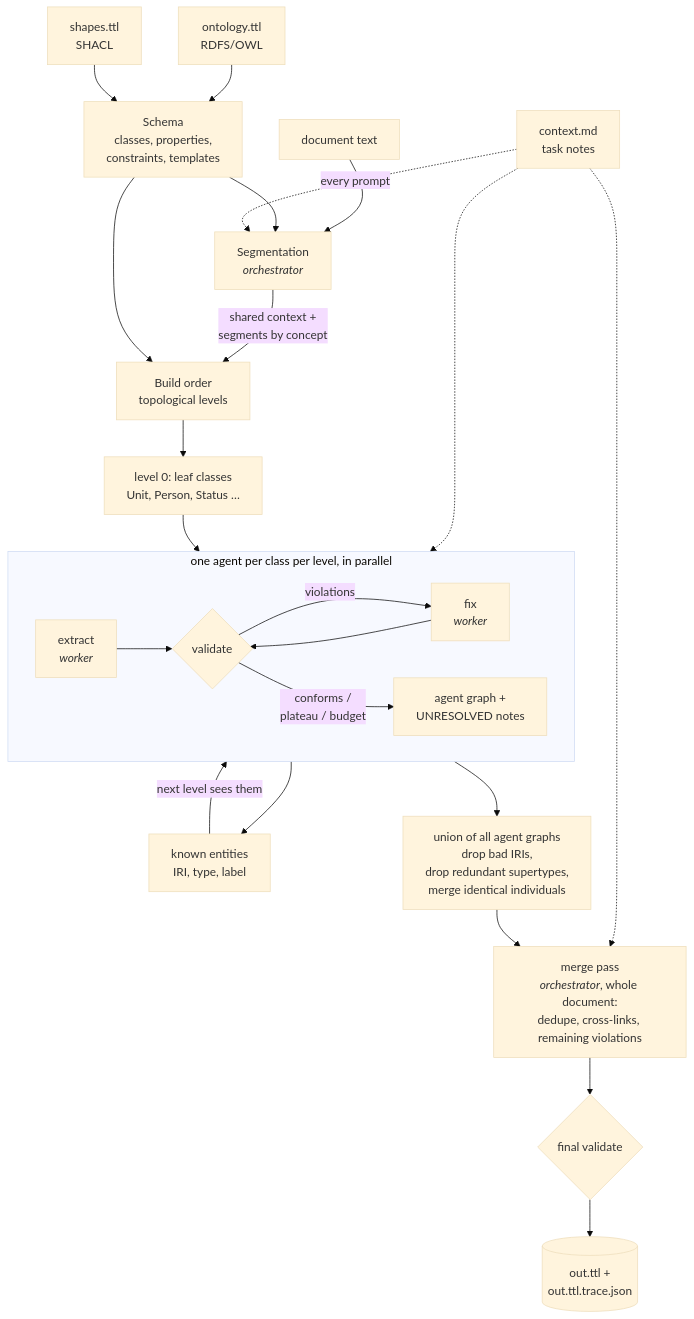
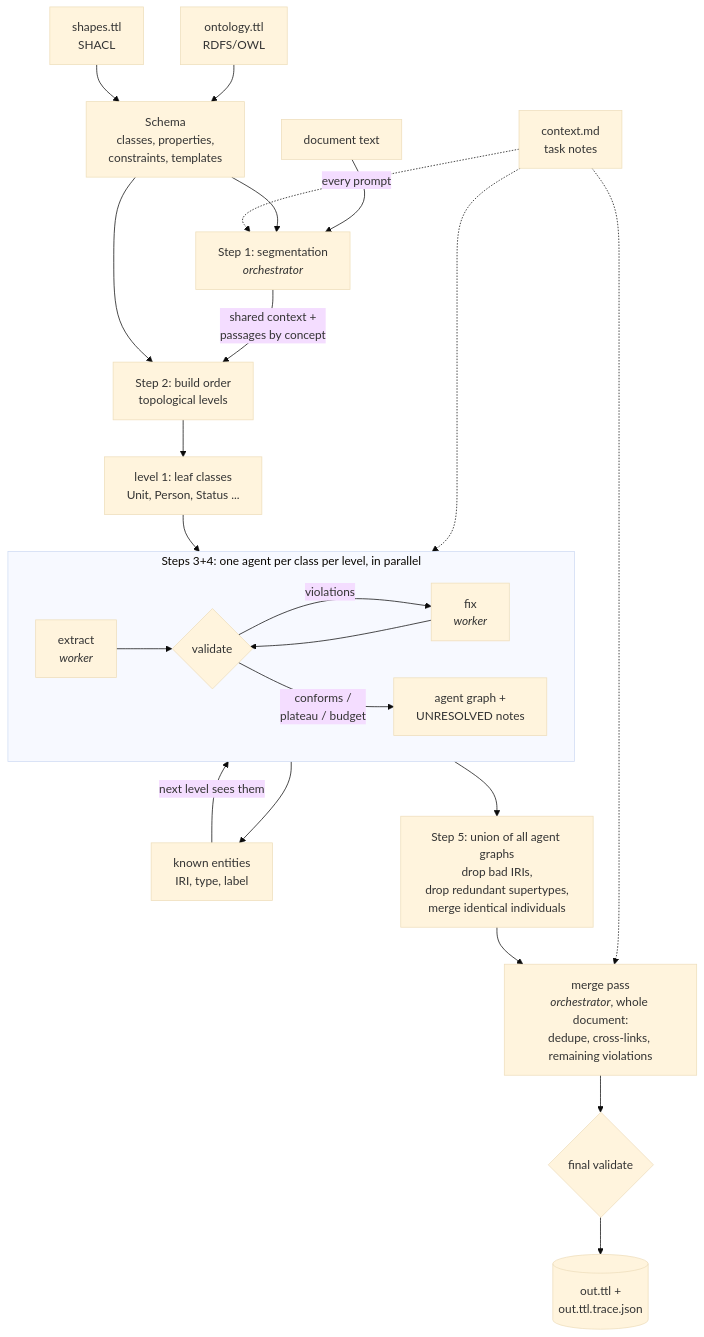
Before and after one commit to ensaremirerol/kgdc: the first of 4 diagrams in README.md, drawn with Mermaid (base theme). The commit also changed other lines of this file and 1157 other files, not shown here.

````diff
--- a/README.md
+++ b/README.md
@@ -155,27 +217,27 @@
 ```mermaid
 flowchart TD
     O[ontology.ttl<br/>RDFS/OWL] --> S[Schema<br/>classes, properties,<br/>constraints, templates]
     H[shapes.ttl<br/>SHACL] --> S
     T[document text] --> SEG
-    S --> SEG[Segmentation<br/><i>orchestrator</i>]
+    S --> SEG[Step 1: segmentation<br/><i>orchestrator</i>]
     C[context.md<br/>task notes] -. every prompt .-> SEG
     C -.-> AG
     C -.-> MERGE
-    SEG --> |shared context +<br/>segments by concept| BO[Build order<br/>topological levels]
+    SEG --> |shared context +<br/>passages by concept| BO[Step 2: build order<br/>topological levels]
     S --> BO
-    BO --> L0[level 0: leaf classes<br/>Unit, Person, Status …]
+    BO --> L0[level 1: leaf classes<br/>Unit, Person, Status ...]
     L0 --> AG
-    subgraph AG [one agent per class per level, in parallel]
+    subgraph AG [Steps 3+4: one agent per class per level, in parallel]
         direction LR
         X[extract<br/><i>worker</i>] --> V{validate}
         V -- violations --> F[fix<br/><i>worker</i>]
         F --> V
         V -- conforms /<br/>plateau / budget --> D[agent graph +<br/>UNRESOLVED notes]
     end
     AG --> K[known entities<br/>IRI, type, label]
     K --> |next level sees them| AG
-    AG --> U[union of all agent graphs<br/>drop bad IRIs,<br/>drop redundant supertypes,<br/>merge identical individuals]
+    AG --> U[Step 5: union of all agent graphs<br/>drop bad IRIs,<br/>drop redundant supertypes,<br/>merge identical individuals]
     U --> MERGE[merge pass<br/><i>orchestrator</i>, whole document:<br/>dedupe, cross-links, remaining violations]
     MERGE --> FV{final validate}
     FV --> OUT[(out.ttl +<br/>out.ttl.trace.json)]
 ```
````
